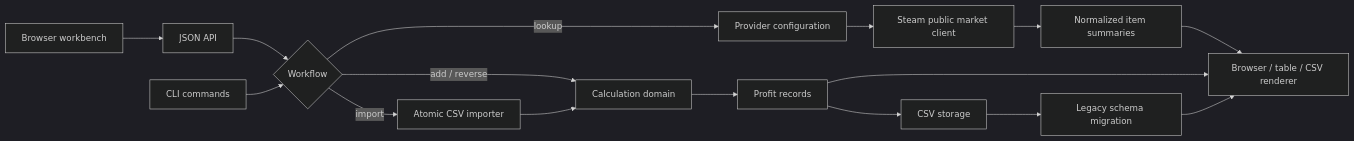
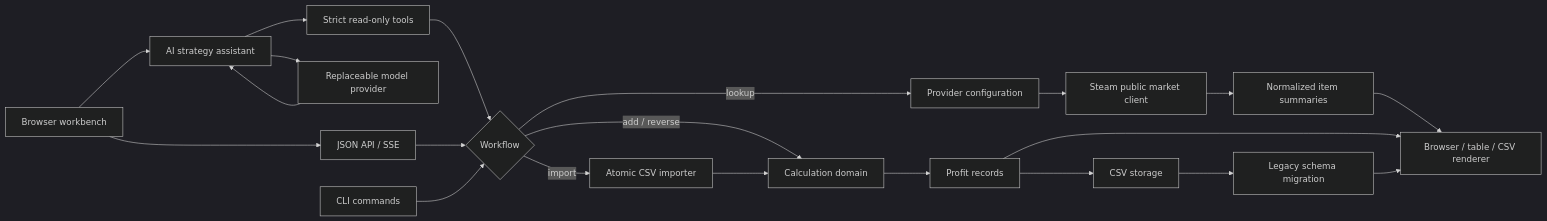
The diagram in README.md (NoireOffical/steam-profit-calculator), drawn with Mermaid (dark theme) before and after one commit. The commit also changed other lines of this file and 34 other files, not shown here.

Commit message:
feat: add AI strategy assistant milestone

````diff
--- a/README.md
+++ b/README.md
@@ -30,20 +34,25 @@
 ```mermaid
 flowchart LR
-    W["Browser workbench"] --> A["JSON API"]
+    W["Browser workbench"] --> A["JSON API / SSE"]
+    W --> M["AI strategy assistant"]
+    M --> P["Replaceable model provider"]
+    P --> M
+    M --> T["Strict read-only tools"]
+    T --> B
     A --> B{"Workflow"}
     L["CLI commands"] --> B
     B -->|"lookup"| C["Provider configuration"]
     C --> D["Steam public market client"]
     D --> E["Normalized item summaries"]
 
     B -->|"add / reverse"| F["Calculation domain"]
     B -->|"import"| G["Atomic CSV importer"]
     G --> F
     F --> H["Profit records"]
 
     H --> I["CSV storage"]
     I --> J["Legacy schema migration"]
     E --> K["Browser / table / CSV renderer"]
     H --> K
     J --> K
 ```
````
